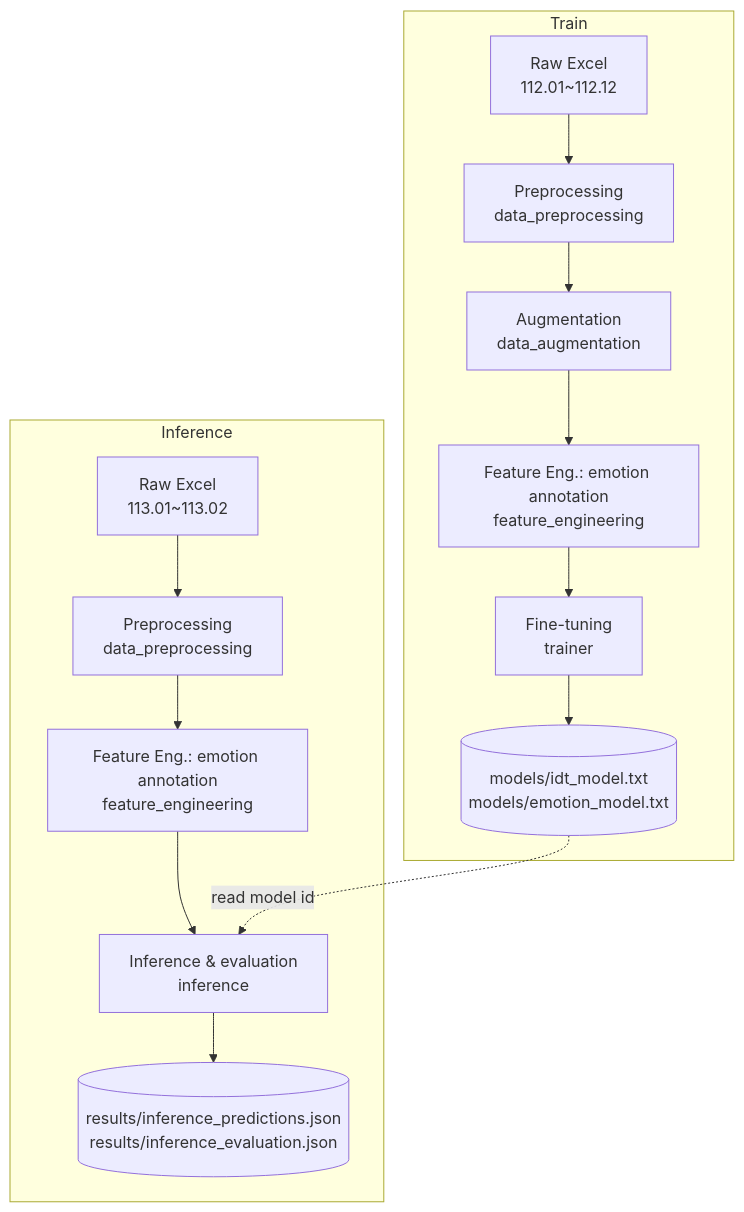
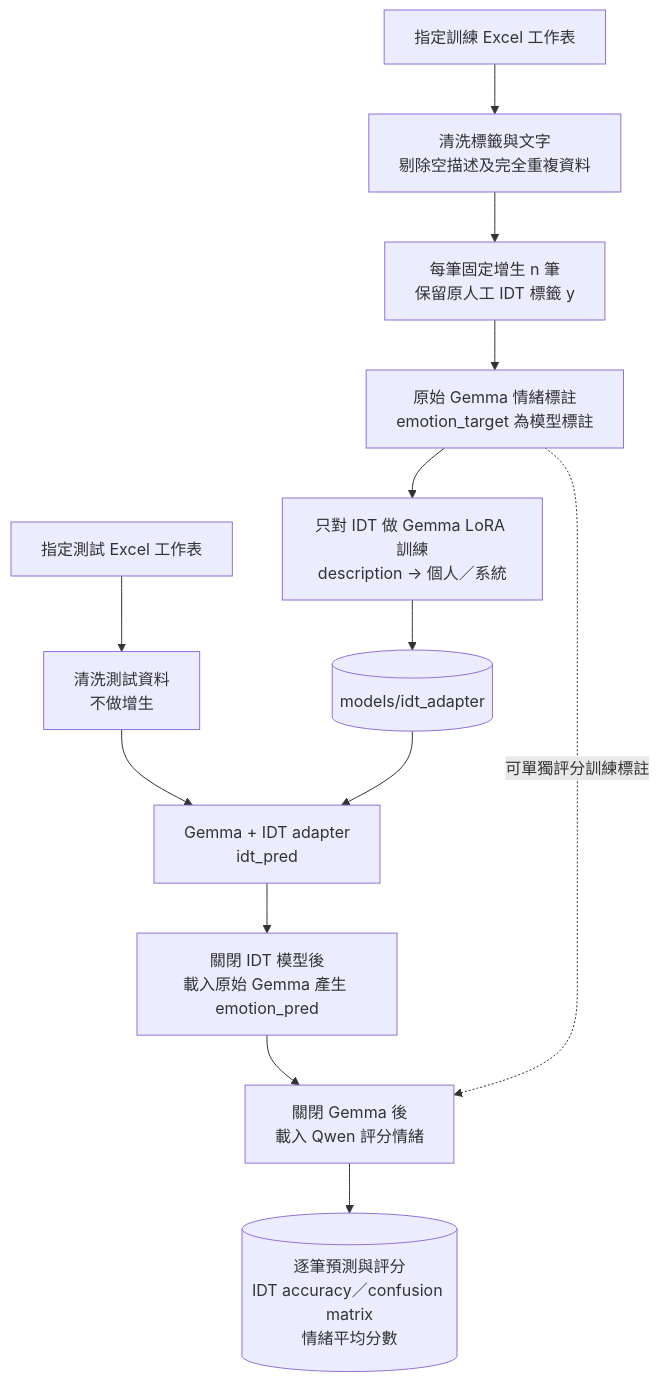
One commit to twcch/Medical-Incident-NLP changed the diagram in README.md. Above: the diagram before and after it, drawn with Mermaid. The commit also changed other lines of this file and 16 other files, not shown here.

First line of the commit message:
feat: Add IDT decision tree prompts and emotion analysis prompts

````diff
--- a/README.md
+++ b/README.md
@@ -43,18 +16,15 @@
 ```mermaid
 flowchart TD
-    subgraph Train
-        A1[Raw Excel<br/>112.01~112.12] --> A2[Preprocessing<br/>data_preprocessing]
-        A2 --> A3[Augmentation<br/>data_augmentation]
-        A3 --> A4[Feature Eng.: emotion annotation<br/>feature_engineering]
-        A4 --> A5[Fine-tuning<br/>trainer]
-        A5 --> A6[(models/idt_model.txt<br/>models/emotion_model.txt)]
-    end
-
-    subgraph Inference
-        B1[Raw Excel<br/>113.01~113.02] --> B2[Preprocessing<br/>data_preprocessing]
-        B2 --> B3[Feature Eng.: emotion annotation<br/>feature_engineering]
-        B3 --> B4[Inference & evaluation<br/>inference]
-        A6 -.read model id.-> B4
-        B4 --> B5[(results/inference_predictions.json<br/>results/inference_evaluation.json)]
-    end
+    A[指定訓練 Excel 工作表] --> B[清洗標籤與文字<br/>剔除空描述及完全重複資料]
+    B --> C[每筆固定增生 n 筆<br/>保留原人工 IDT 標籤 y]
+    C --> D[原始 Gemma 情緒標註<br/>emotion_target 為模型標註]
+    D --> E[只對 IDT 做 Gemma LoRA 訓練<br/>description → 個人／系統]
+    E --> F[(models/idt_adapter)]
+    G[指定測試 Excel 工作表] --> H[清洗測試資料<br/>不做增生]
+    H --> I[Gemma + IDT adapter<br/>idt_pred]
+    F --> I
+    I --> J[關閉 IDT 模型後<br/>載入原始 Gemma 產生 emotion_pred]
+    J --> K[關閉 Gemma 後<br/>載入 Qwen 評分情緒]
+    K --> L[(逐筆預測與評分<br/>IDT accuracy／confusion matrix<br/>情緒平均分數)]
+    D -.可單獨評分訓練標註.-> K
 ```
````
